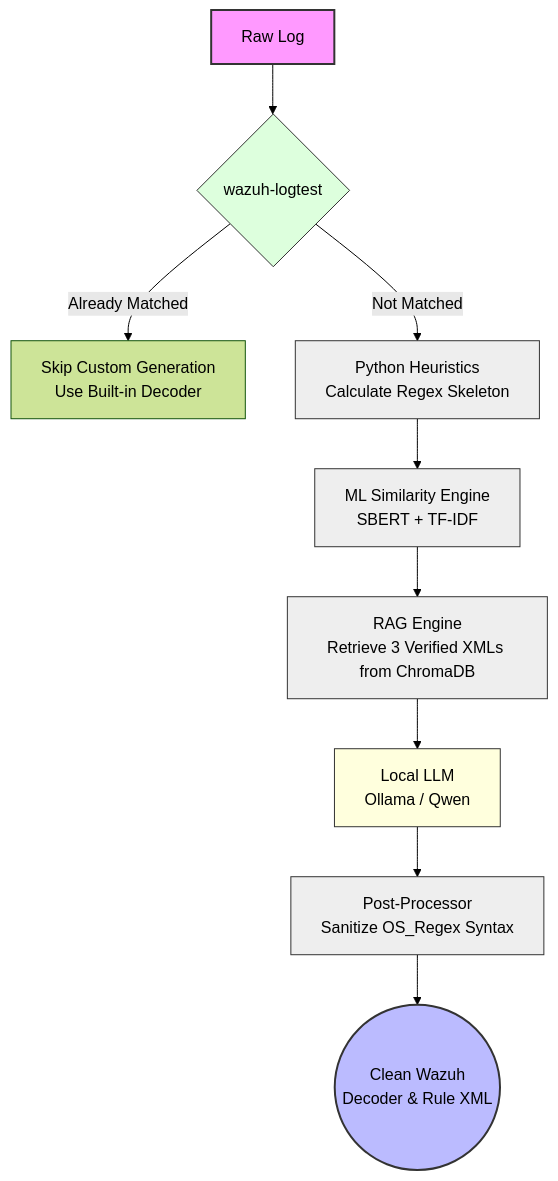
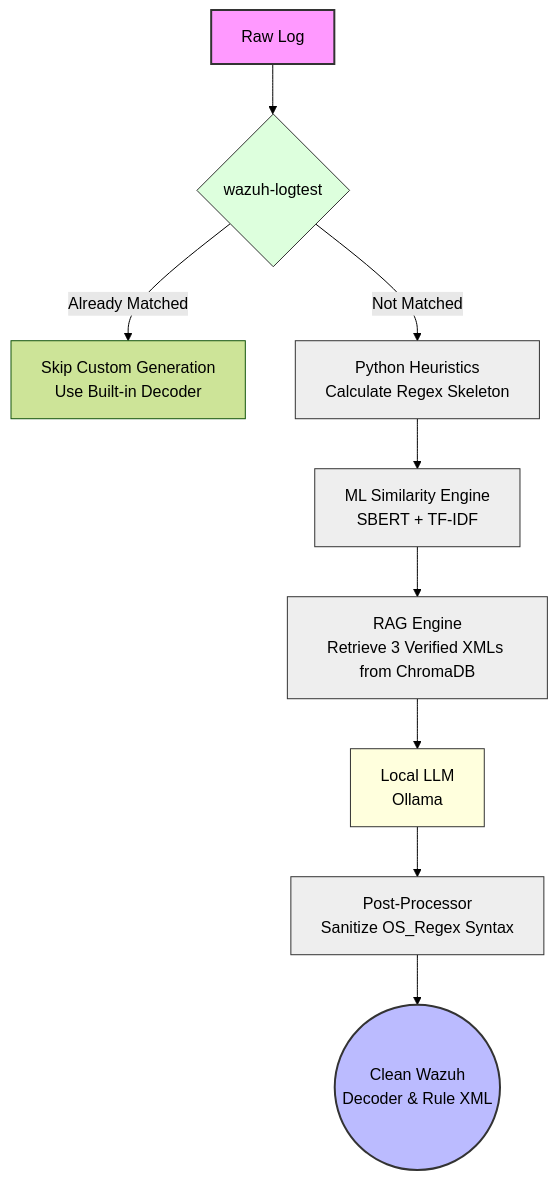
Before and after one commit to wazuh/integrations: the diagram in integrations/wazuh_decoder_rule_tool/README.md, drawn with Mermaid (forest theme). The commit also changed other lines of this file and 2 other files, not shown here.

````diff
--- a/integrations/wazuh_decoder_rule_tool/README.md
+++ b/integrations/wazuh_decoder_rule_tool/README.md
@@ -9,20 +9,20 @@
 ```mermaid
 flowchart TD
     A[Raw Log] --> B{wazuh-logtest}
     B -- "Already Matched" --> C[Skip Custom Generation<br/>Use Built-in Decoder]
     B -- "Not Matched" --> D[Python Heuristics<br/>Calculate Regex Skeleton]
     D --> E[ML Similarity Engine<br/>SBERT + TF-IDF]
     E --> F[RAG Engine<br/>Retrieve 3 Verified XMLs from ChromaDB]
-    F --> G[Local LLM<br/>Ollama / Qwen]
+    F --> G[Local LLM<br/>Ollama]
     G --> H[Post-Processor<br/>Sanitize OS_Regex Syntax]
     H --> I((Clean Wazuh<br/>Decoder & Rule XML))
     
     style A fill:#f9f,stroke:#333,stroke-width:2px
     style I fill:#bbf,stroke:#333,stroke-width:2px
     style B fill:#dfd,stroke:#333
     style D fill:#eee,stroke:#333
     style E fill:#eee,stroke:#333
     style F fill:#eee,stroke:#333
     style G fill:#ffd,stroke:#333
     style H fill:#eee,stroke:#333
 ```
````
